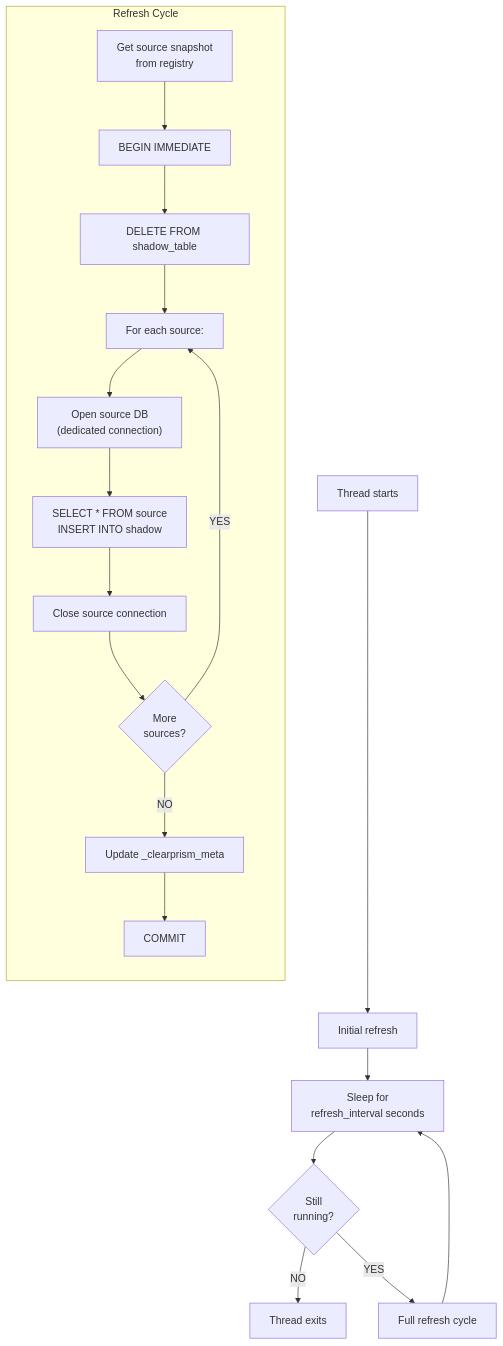
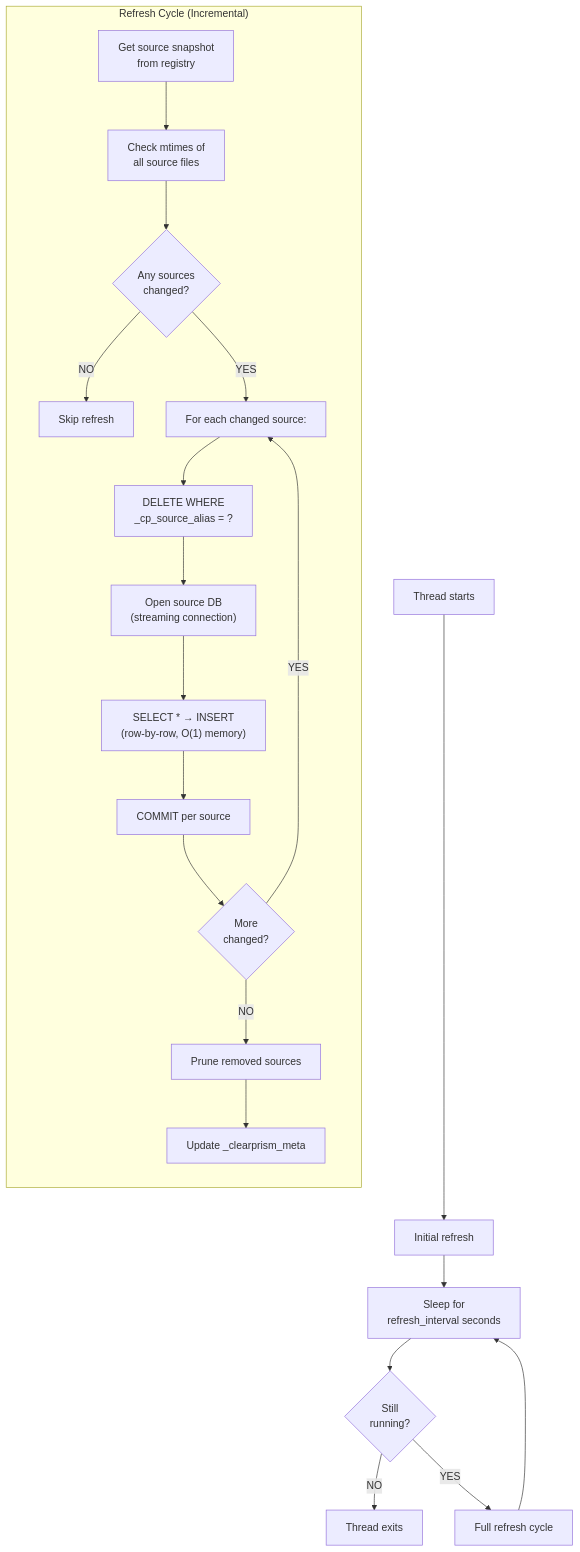
The third of 3 diagrams in docs/caching.md (alexandernicholson/clearprism), drawn with Mermaid before and after one commit. The commit also changed other lines of this file and 10 other files, not shown here.

First line of the commit message:
feat: parallel scanner API, streaming L2 refresh, async L2 populate

````diff
--- a/docs/caching.md
+++ b/docs/caching.md
@@ -120,23 +120,25 @@
 ```mermaid
 flowchart TD
     START["Thread starts"] --> INIT["Initial refresh"]
     INIT --> SLEEP["Sleep for<br>refresh_interval seconds"]
     SLEEP --> CHECK{"Still<br>running?"}
     CHECK -- NO --> EXIT["Thread exits"]
     CHECK -- YES --> REFRESH["Full refresh cycle"]
     REFRESH --> SLEEP
 
-    subgraph REFRESH_CYCLE["Refresh Cycle"]
+    subgraph REFRESH_CYCLE["Refresh Cycle (Incremental)"]
         direction TB
-        SNAP["Get source snapshot<br>from registry"] --> BEGIN["BEGIN IMMEDIATE"]
-        BEGIN --> DEL["DELETE FROM shadow_table"]
-        DEL --> LOOP["For each source:"]
-        LOOP --> OPEN["Open source DB<br>(dedicated connection)"]
-        OPEN --> COPY["SELECT * FROM source<br>INSERT INTO shadow"]
-        COPY --> CLOSE["Close source connection"]
-        CLOSE --> NEXT{"More<br>sources?"}
+        SNAP["Get source snapshot<br>from registry"] --> MTIME["Check mtimes of<br>all source files"]
+        MTIME --> CHANGED{"Any sources<br>changed?"}
+        CHANGED -- NO --> DONE["Skip refresh"]
+        CHANGED -- YES --> LOOP["For each changed source:"]
+        LOOP --> DEL["DELETE WHERE<br>_cp_source_alias = ?"]
+        DEL --> OPEN["Open source DB<br>(streaming connection)"]
+        OPEN --> STREAM["SELECT * → INSERT<br>(row-by-row, O(1) memory)"]
+        STREAM --> COMMIT_SRC["COMMIT per source"]
+        COMMIT_SRC --> NEXT{"More<br>changed?"}
         NEXT -- YES --> LOOP
-        NEXT -- NO --> META["Update _clearprism_meta"]
-        META --> COMMIT["COMMIT"]
+        NEXT -- NO --> PRUNE["Prune removed sources"]
+        PRUNE --> META["Update _clearprism_meta"]
     end
 ```
````
